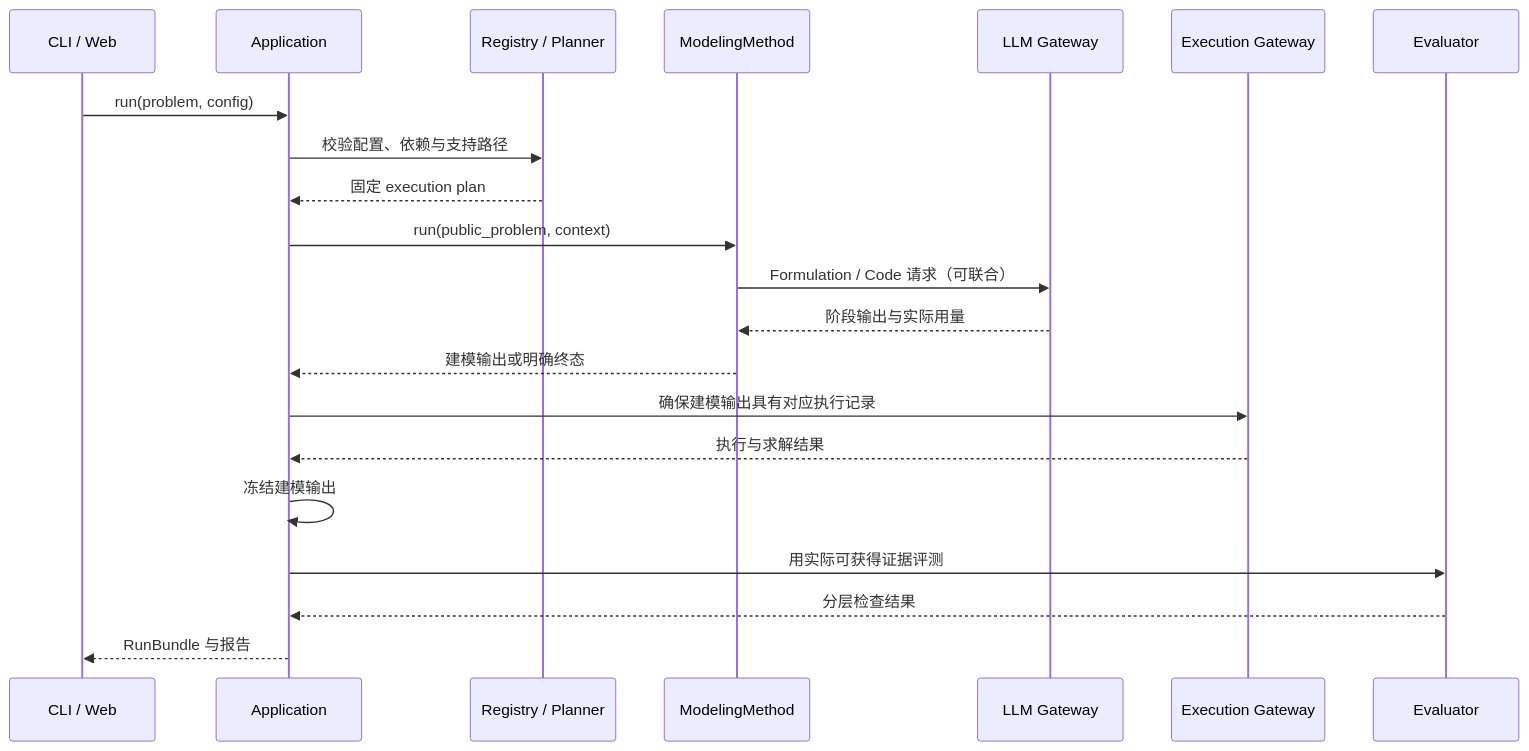
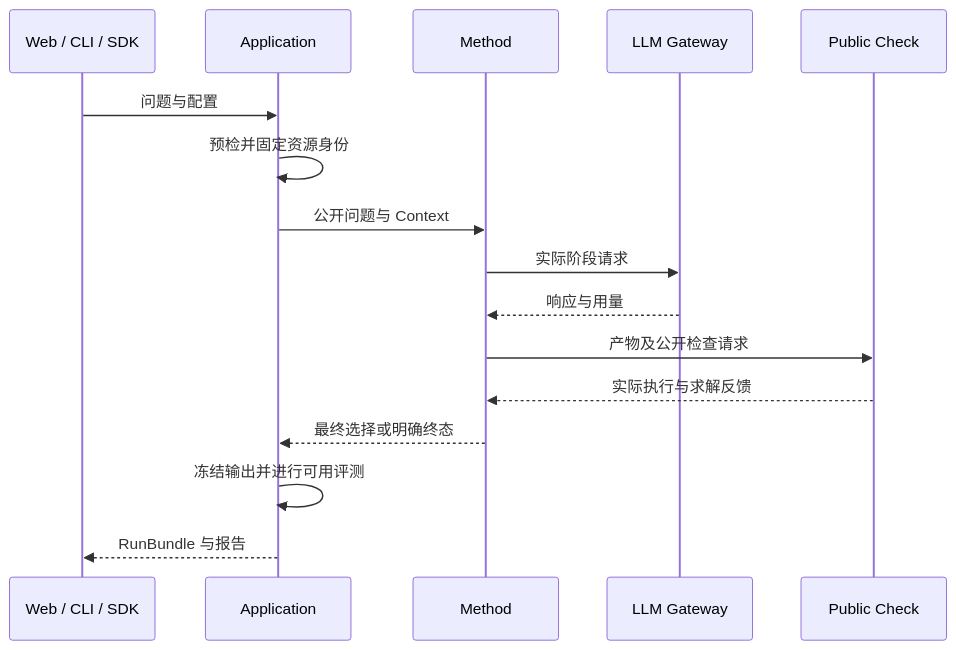
The diagram in docs/design/modeling-methods.md (Fangziyang0910/LLM4OM), drawn with Mermaid before and after one commit. The commit also changed other lines of this file and 111 other files, not shown here.

````diff
--- a/docs/design/modeling-methods.md
+++ b/docs/design/modeling-methods.md
@@ -19,23 +9,18 @@
 ```mermaid
 sequenceDiagram
-    participant U as CLI / Web
+    participant U as Web / CLI / SDK
     participant A as Application
-    participant P as Registry / Planner
-    participant M as ModelingMethod
+    participant M as Method
     participant L as LLM Gateway
-    participant X as Execution Gateway
-    participant E as Evaluator
-    U->>A: run(problem, config)
-    A->>P: 校验配置、依赖与支持路径
-    P-->>A: 固定 execution plan
-    A->>M: run(public_problem, context)
-    M->>L: Formulation / Code 请求（可联合）
-    L-->>M: 阶段输出与实际用量
-    M-->>A: 建模输出或明确终态
-    A->>X: 确保建模输出具有对应执行记录
-    X-->>A: 执行与求解结果
-    A->>A: 冻结建模输出
-    A->>E: 用实际可获得证据评测
-    E-->>A: 分层检查结果
+    participant X as Public Check
+    U->>A: 问题与配置
+    A->>A: 预检并固定资源身份
+    A->>M: 公开问题与 Context
+    M->>L: 实际阶段请求
+    L-->>M: 响应与用量
+    M->>X: 产物及公开检查请求
+    X-->>M: 实际执行与求解反馈
+    M-->>A: 最终选择或明确终态
+    A->>A: 冻结输出并进行可用评测
     A-->>U: RunBundle 与报告
 ```
````
